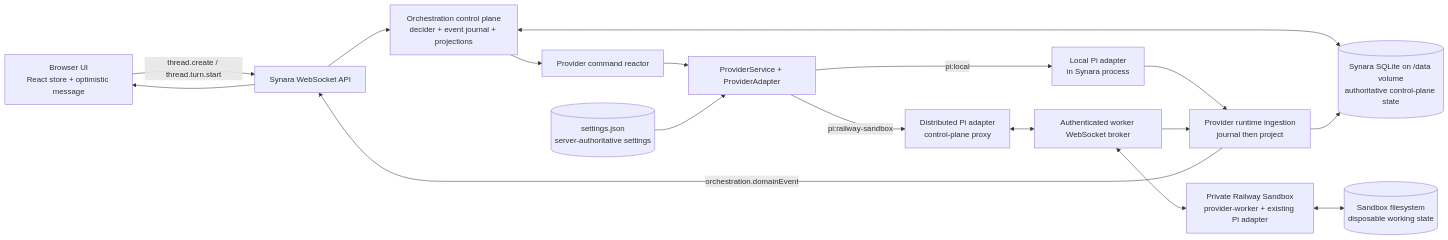
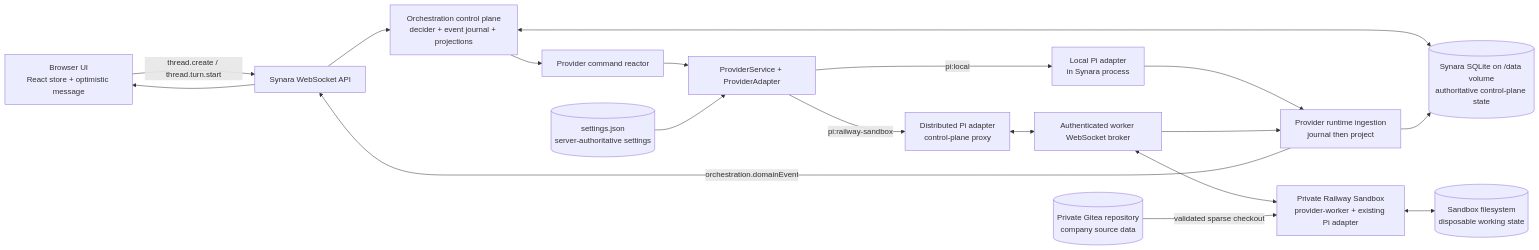
One commit to adityachaudhry/synara changed the diagram in docs/distributed-runtime/browser-pi-message-flow.md. Above: the diagram before and after it, drawn with Mermaid. The commit also changed other lines of this file and 3 other files, not shown here.

````diff
--- a/docs/distributed-runtime/browser-pi-message-flow.md
+++ b/docs/distributed-runtime/browser-pi-message-flow.md
@@ -7,33 +7,35 @@
 ```mermaid
 flowchart LR
   B["Browser UI\nReact store + optimistic message"]
   W["Synara WebSocket API"]
   O["Orchestration control plane\ndecider + event journal + projections"]
   R["Provider command reactor"]
   P["ProviderService + ProviderAdapter"]
   L["Local Pi adapter\nin Synara process"]
   D["Distributed Pi adapter\ncontrol-plane proxy"]
   X["Authenticated worker WebSocket broker"]
   S["Private Railway Sandbox\nprovider-worker + existing Pi adapter"]
   I["Provider runtime ingestion\njournal then project"]
   DB[("Synara SQLite on /data volume\nauthoritative control-plane state")]
   F[("settings.json\nserver-authoritative settings")]
   SD[("Sandbox filesystem\ndisposable working state")]
+  G[("Private Gitea repository\ncompany source data")]
 
   B -->|"thread.create / thread.turn.start"| W
   W --> O
   O <--> DB
   O --> R
   R --> P
   F --> P
   P -->|"pi:local"| L
   P -->|"pi:railway-sandbox"| D
   D <--> X
   X <--> S
   S <--> SD
+  G -->|"validated sparse checkout"| S
   L --> I
   X --> I
   I --> DB
   I -->|"orchestration.domainEvent"| W
   W --> B
 ```
````
